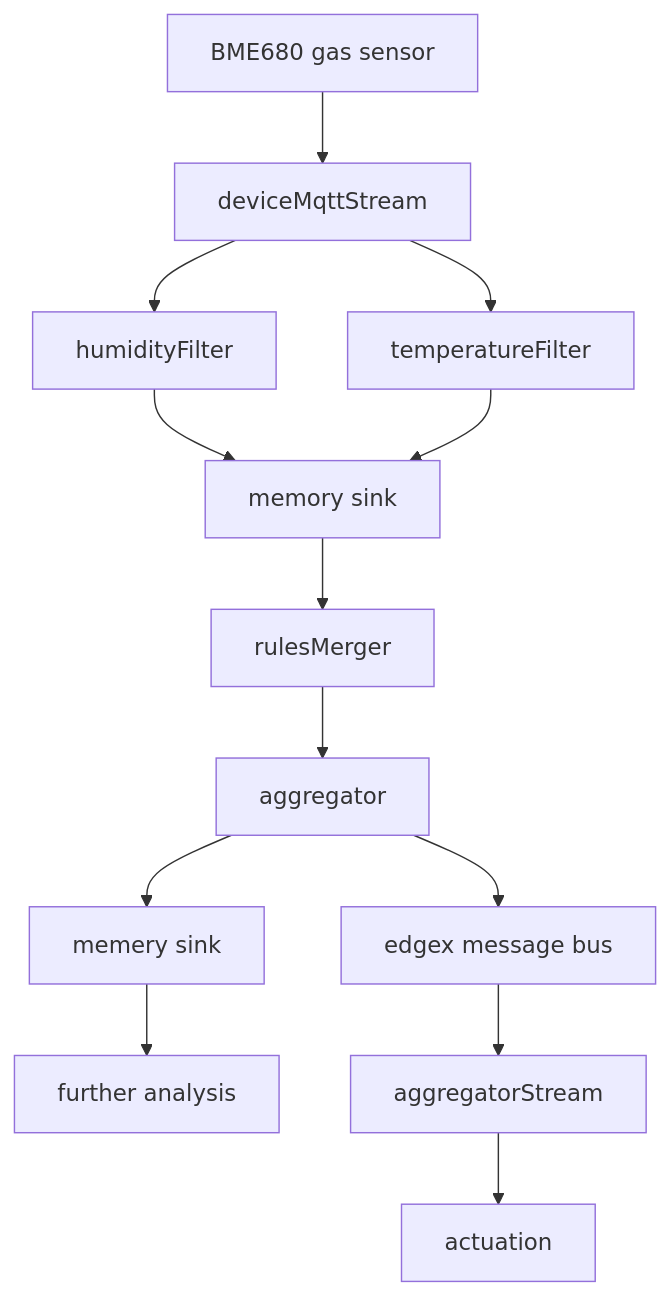
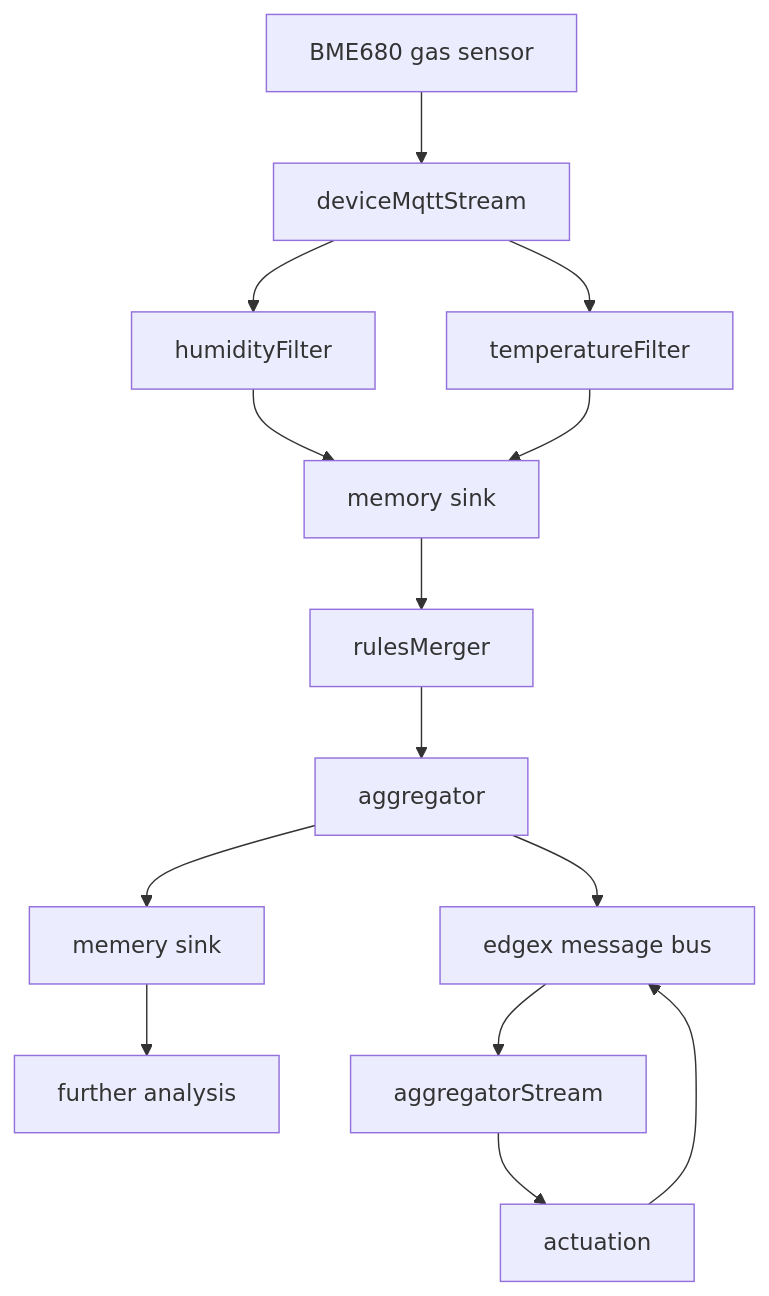
Before and after one commit to canonical/edgex-demos: the diagram in temperature-controller/README.md, drawn with Mermaid. The commit also changed other lines of this file, not shown here.

Commit message:
Send actuation back to edgex message bus

````diff
--- a/temperature-controller/README.md
+++ b/temperature-controller/README.md
@@ -77,17 +77,18 @@
 ```mermaid
 graph TD
     A[BME680 gas sensor] --> B[deviceMqttStream]
     B --> C[humidityFilter]
     B --> D[temperatureFilter]
     C --> E[memory sink]
     
     D --> E
     E --> F[rulesMerger]
     F --> G[aggregator]
     G --> H[memery sink]
     
     H --> J[further analysis]
     G --> I[edgex message bus]
     I --> K[aggregatorStream]
     K --> L[actuation] 
+    L --> I[edgex message bus]
 ```
````
